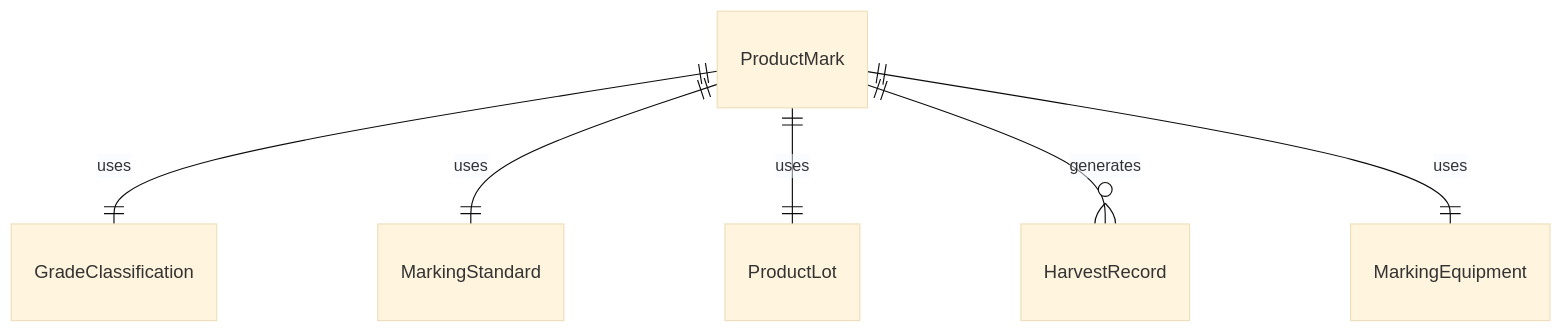
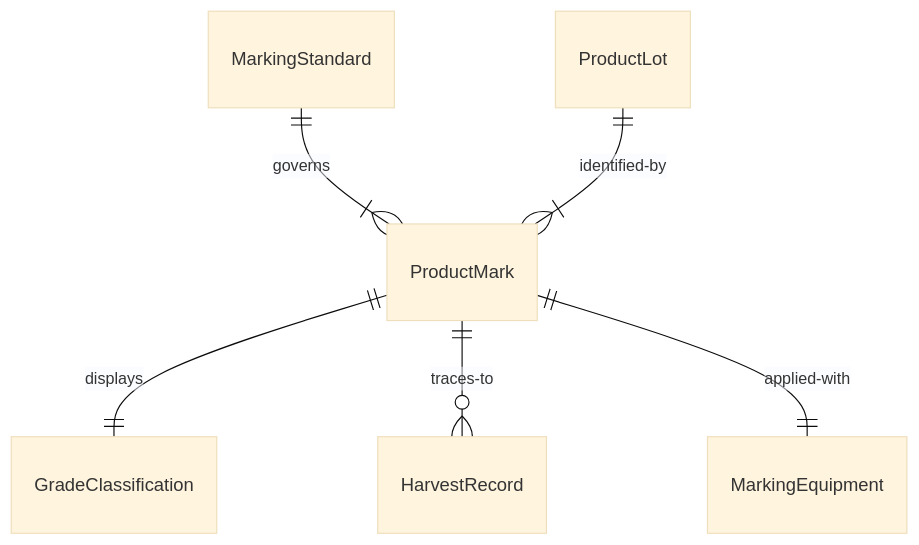
One commit to dot-org-ai/tasks.org.ai changed the first of 4 diagrams in IdentifyingObjectsActionsAndEvents/MarkMaterialsOrObjectsForIdentification/MarkAgriculturalForestryProductsIdentification.mdx. Above: the diagram before and after it, drawn with Mermaid (base theme). The commit also changed other lines of this file and 515 other files, not shown here.

````diff
--- a/IdentifyingObjectsActionsAndEvents/MarkMaterialsOrObjectsForIdentification/MarkAgriculturalForestryProductsIdentification.mdx
+++ b/IdentifyingObjectsActionsAndEvents/MarkMaterialsOrObjectsForIdentification/MarkAgriculturalForestryProductsIdentification.mdx
@@ -87,8 +87,8 @@
 ```mermaid
 erDiagram
-    ProductMark ||--|| GradeClassification : "uses"
-    ProductMark ||--|| MarkingStandard : "uses"
-    ProductMark ||--|| ProductLot : "uses"
-    ProductMark ||--o{ HarvestRecord : "generates"
-    ProductMark ||--|| MarkingEquipment : "uses"
+    ProductMark ||--|| GradeClassification : "displays"
+    MarkingStandard ||--|{ ProductMark : "governs"
+    ProductLot ||--|{ ProductMark : "identified-by"
+    ProductMark ||--o{ HarvestRecord : "traces-to"
+    ProductMark ||--|| MarkingEquipment : "applied-with"
 ```
````
